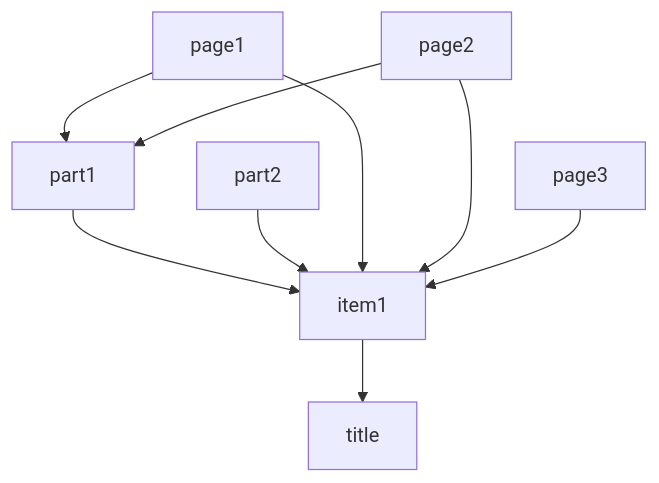
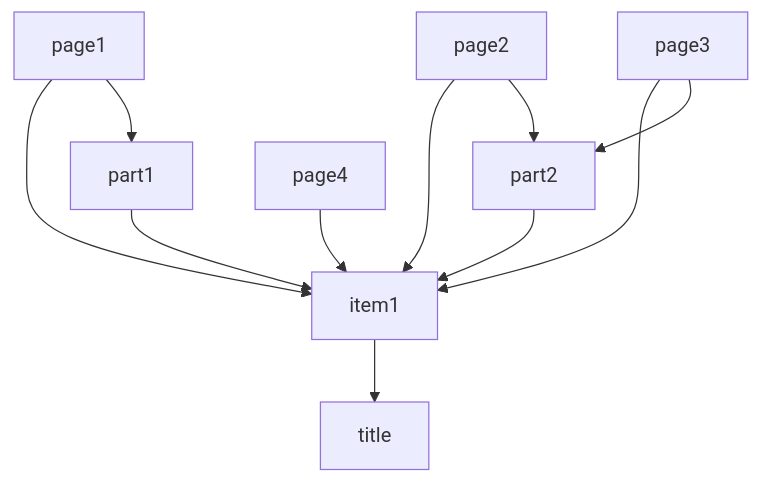
Before and after one commit to rdmpage/bhl-rdf: the diagram in README.md, drawn with Mermaid.

Commit message:
Tweak graph drawing

````diff
--- a/README.md
+++ b/README.md
@@ -28,15 +28,18 @@
 ```mermaid
 graph TD
 	item1 --> title
 
 	part1 --> item1
 	part2 --> item1
  
 	page1 --> item1
   page1 --> part1
 
 	page2 --> item1
-	page2 --> part1
+	page2 --> part2
 
   page3 --> item1
+  page3 --> part2
+ 
+  page4 --> item1
 ```
````
